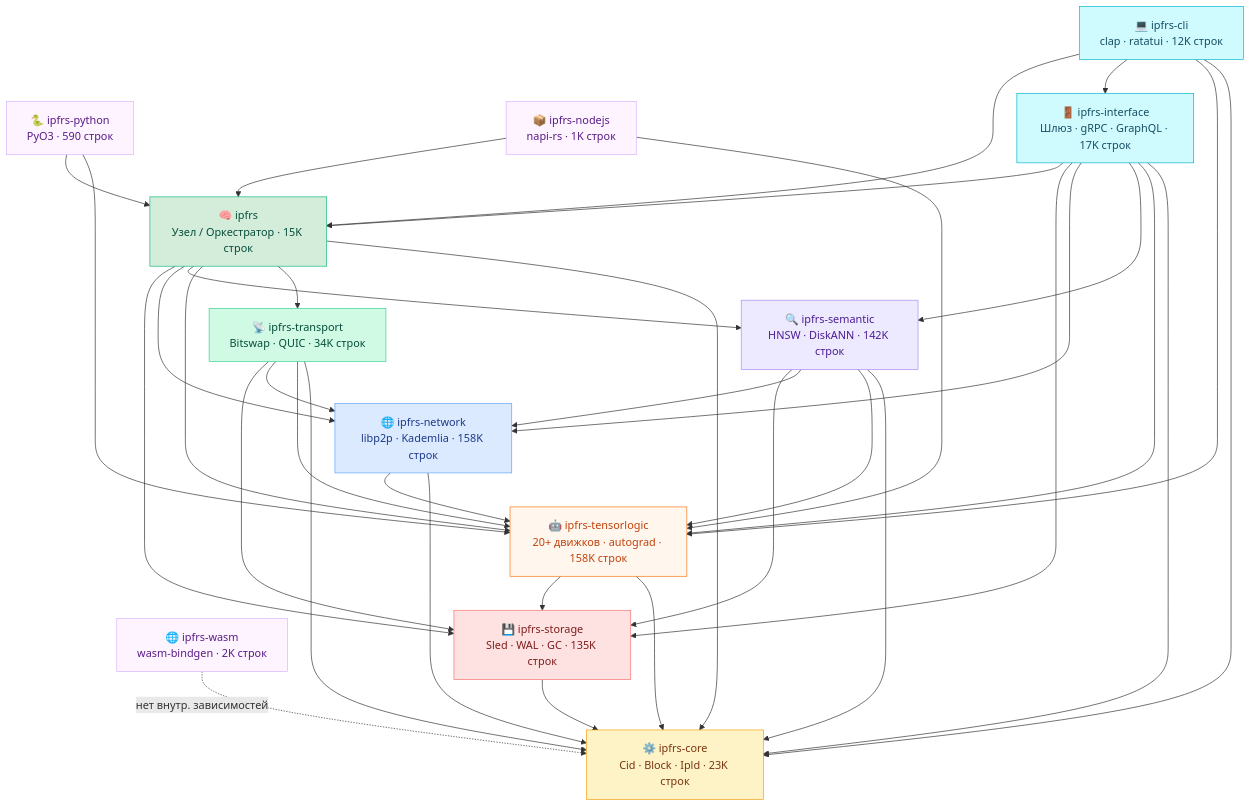
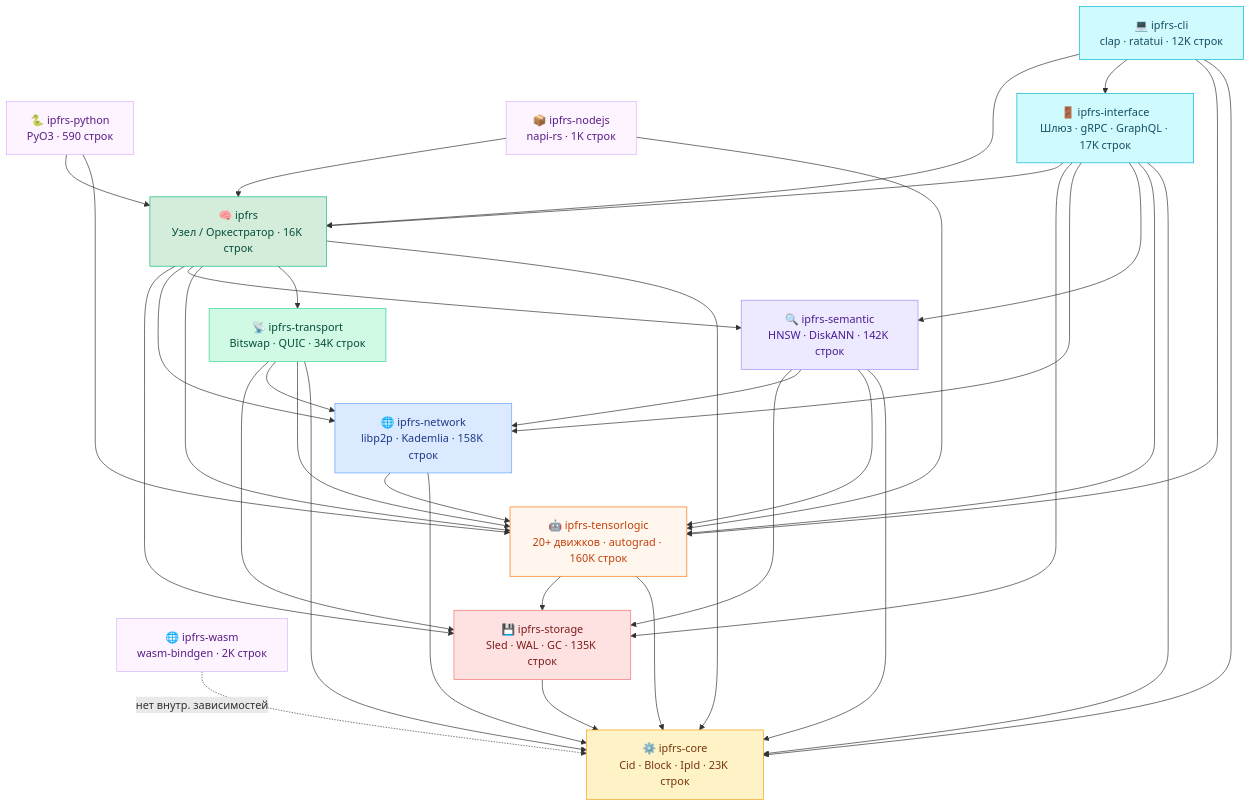
One commit to yunusovt983-art/ipfrs-ai changed the eighth of 8 diagrams in README.md. Above: the diagram before and after it, drawn with Mermaid. The commit also changed other lines of this file, not shown here.

```diff
--- a/README.md
+++ b/README.md
@@ -324,13 +324,13 @@
     IF["🚪 ipfrs-interface\nШлюз · gRPC · GraphQL · 17K строк"]
 
     %% Приложение
-    NODE["🧠 ipfrs\nУзел / Оркестратор · 15K строк"]
+    NODE["🧠 ipfrs\nУзел / Оркестратор · 16K строк"]
 
     %% Доменный слой
     ST["💾 ipfrs-storage\nSled · WAL · GC · 135K строк"]
     NW["🌐 ipfrs-network\nlibp2p · Kademlia · 158K строк"]
     SM["🔍 ipfrs-semantic\nHNSW · DiskANN · 142K строк"]
-    TL["🤖 ipfrs-tensorlogic\n20+ движков · autograd · 158K строк"]
+    TL["🤖 ipfrs-tensorlogic\n20+ движков · autograd · 160K строк"]
     TR["📡 ipfrs-transport\nBitswap · QUIC · 34K строк"]
 
     %% Shared Kernel
```
